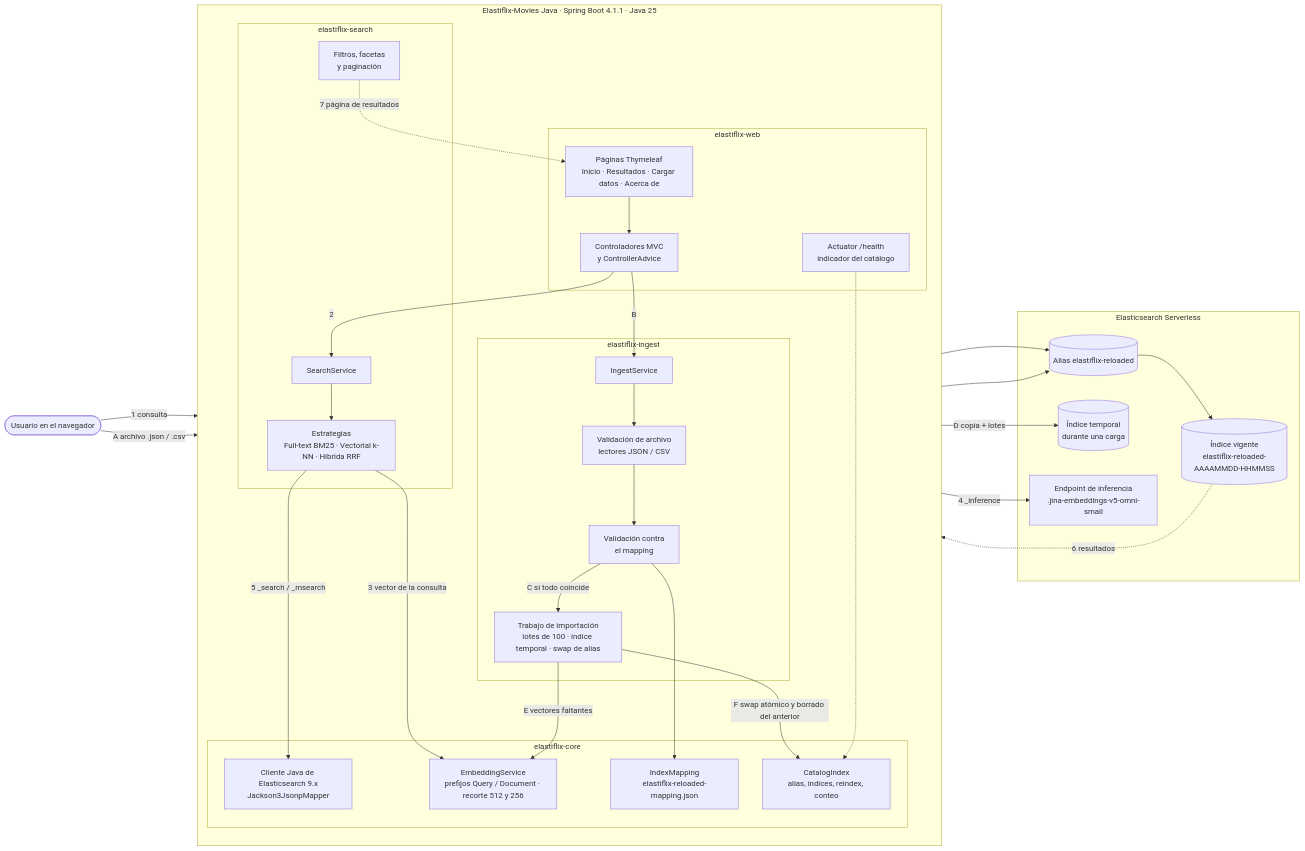
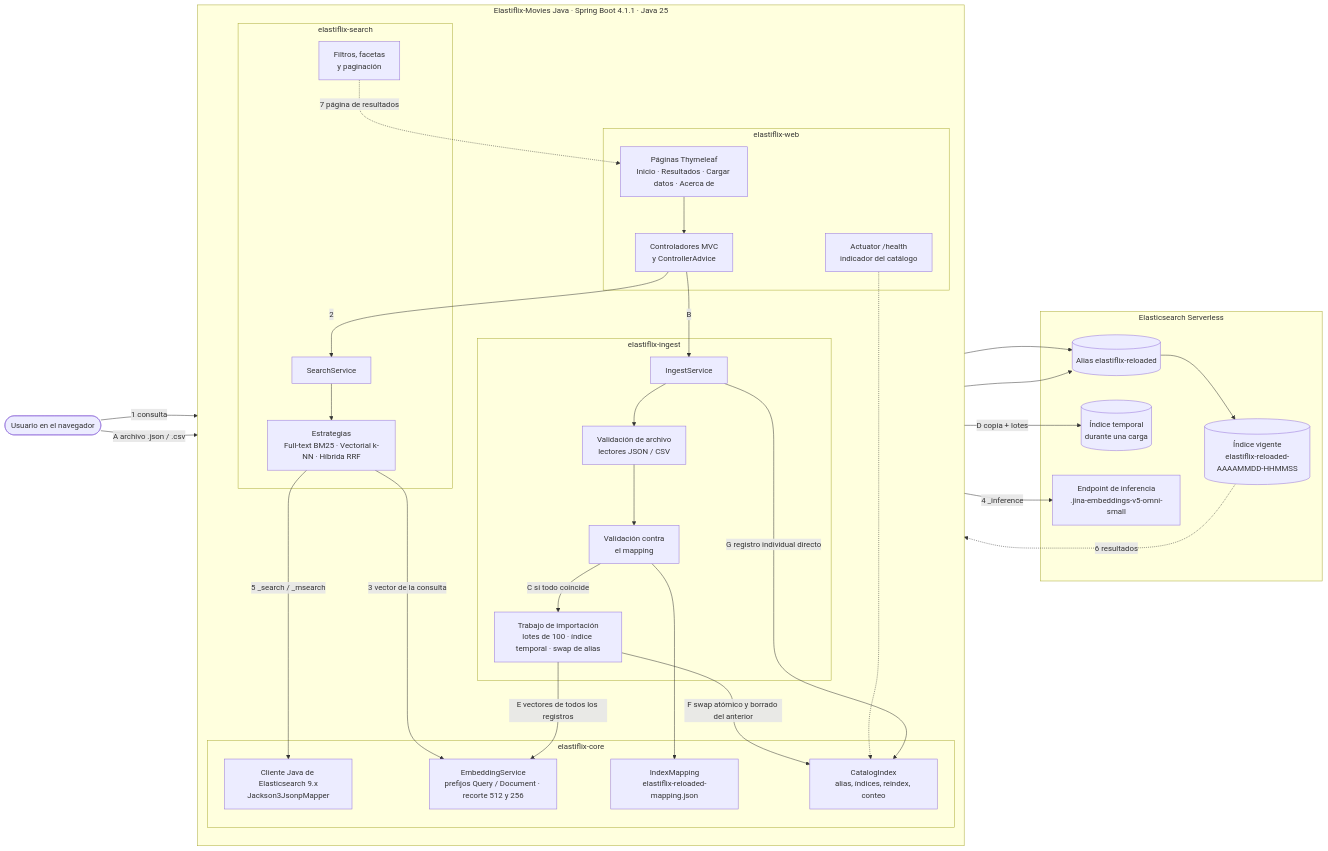
The diagram in docs/arquitectura.mermaid (bigfito/elastiflix-reloaded), drawn with Mermaid before and after one commit. The commit also changed 8 other files, not shown here.

```diff
--- a/docs/arquitectura.mermaid
+++ b/docs/arquitectura.mermaid
@@ -1,58 +1,59 @@
 flowchart LR
   user(["Usuario en el navegador"])
 
   subgraph app["Elastiflix-Movies Java · Spring Boot 4.1.1 · Java 25"]
     direction TB
     subgraph web["elastiflix-web"]
       pages["Páginas Thymeleaf<br/>Inicio · Resultados · Cargar datos · Acerca de"]
       ctrl["Controladores MVC<br/>y ControllerAdvice"]
       health["Actuator /health<br/>indicador del catálogo"]
     end
     subgraph search["elastiflix-search"]
       facade_s["SearchService"]
       strat["Estrategias<br/>Full-text BM25 · Vectorial k-NN · Híbrida RRF"]
       facets["Filtros, facetas<br/>y paginación"]
     end
     subgraph ingest["elastiflix-ingest"]
       facade_i["IngestService"]
       readers["Validación de archivo<br/>lectores JSON / CSV"]
       validator["Validación contra<br/>el mapping"]
       job["Trabajo de importación<br/>lotes de 100 · índice temporal · swap de alias"]
     end
     subgraph core["elastiflix-core"]
       client["Cliente Java de Elasticsearch 9.x<br/>Jackson3JsonpMapper"]
       catalog["CatalogIndex<br/>alias, índices, reindex, conteo"]
       emb["EmbeddingService<br/>prefijos Query / Document · recorte 512 y 256"]
       mapping["IndexMapping<br/>elastiflix-reloaded-mapping.json"]
     end
   end
 
   subgraph es["Elasticsearch Serverless"]
     alias[("Alias elastiflix-reloaded")]
     idx[("Índice vigente<br/>elastiflix-reloaded-AAAAMMDD-HHMMSS")]
     tmp[("Índice temporal<br/>durante una carga")]
     inf["Endpoint de inferencia<br/>.jina-embeddings-v5-omni-small"]
   end
 
   user -->|"1 consulta"| pages
   pages --> ctrl
   ctrl -->|"2"| facade_s
   facade_s --> strat
   strat -->|"3 vector de la consulta"| emb
   emb -->|"4 _inference"| inf
   strat -->|"5 _search / _msearch"| client
   client --> alias
   alias --> idx
   idx -.->|"6 resultados"| facets
   facets -.->|"7 página de resultados"| pages
 
   user -->|"A archivo .json / .csv"| pages
   ctrl -->|"B"| facade_i
   facade_i --> readers --> validator
   validator --> mapping
   validator -->|"C si todo coincide"| job
   job -->|"D copia + lotes"| tmp
-  job -->|"E vectores faltantes"| emb
+  job -->|"E vectores de todos los registros"| emb
   job -->|"F swap atómico y borrado del anterior"| catalog
   catalog --> alias
   health -.-> catalog
+  facade_i -->|"G registro individual directo"| catalog
```
